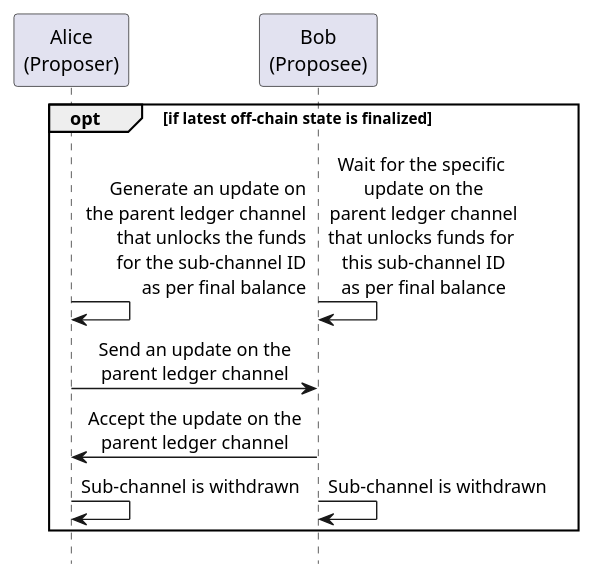
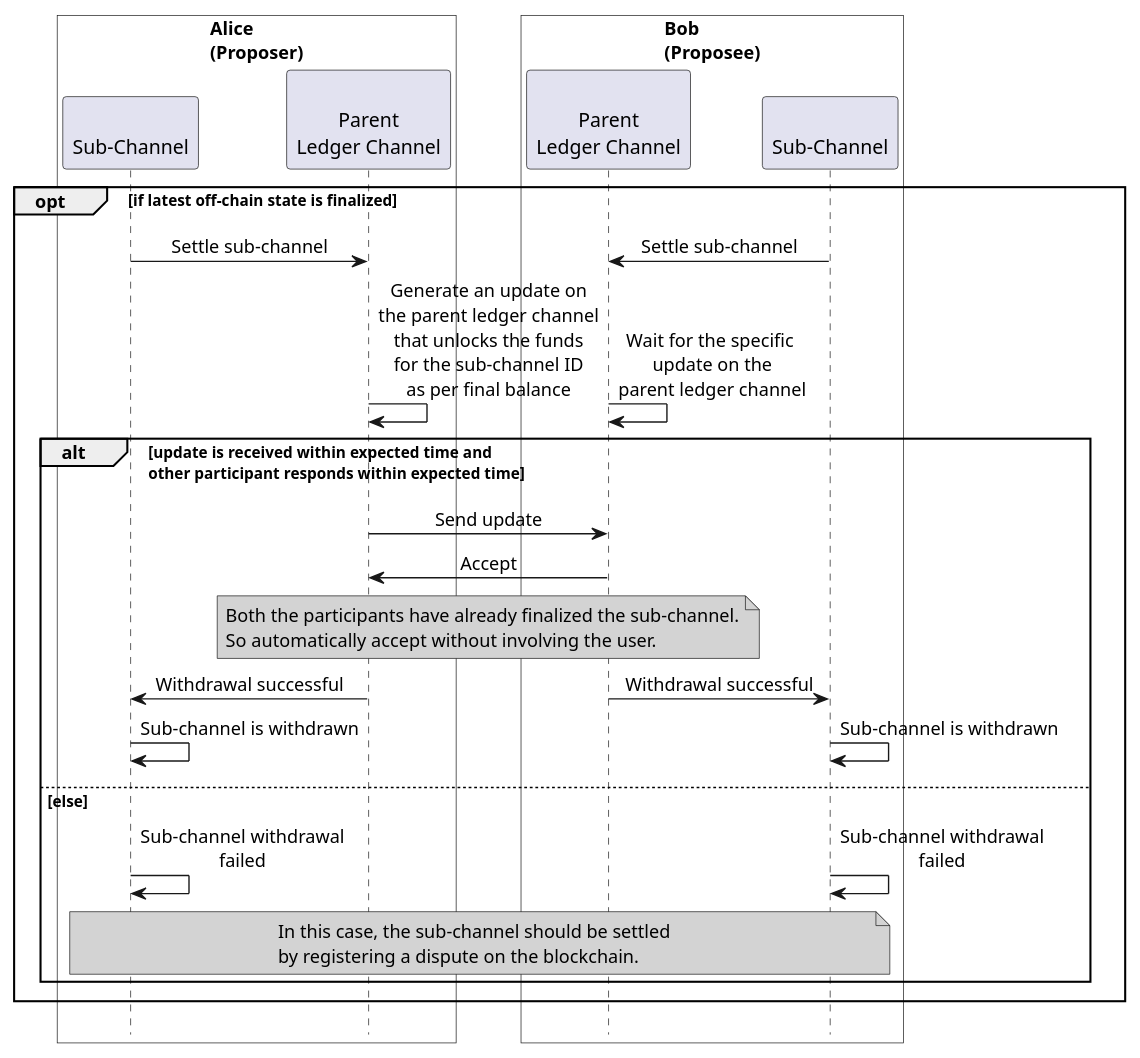
Before and after one commit to hyperledger-labs/perun-doc: the diagram in source/images/concepts/settle_withdraw_sub.plantuml, drawn with PlantUML. The commit also changed 13 other files, not shown here.

```diff
--- a/source/images/concepts/settle_withdraw_sub.plantuml
+++ b/source/images/concepts/settle_withdraw_sub.plantuml
@@ -4,21 +4,47 @@
 @startuml settle_withdraw_sub
 !pragma teoz true
 hide footbox
 skinparam SequenceMessageAlign center
 
-participant "Alice\n(Proposer)" as alice
-participant "Bob\n(Proposee)" as bob
-
+box "Alice\n(Proposer)" #transparent
+participant "\nSub-Channel" as alice
+participant "\nParent\nLedger Channel" as alice_parent
+end box
+box "Bob\n(Proposee)" #transparent
+participant "\nParent\nLedger Channel" as bob_parent
+participant "\nSub-Channel" as bob
+end box
 
 opt if latest off-chain state is finalized
-alice -> alice: Generate an update on\r the parent ledger channel\nthat unlocks the funds\nfor the sub-channel ID\nas per final balance
-&bob -> bob: Wait for the specific \nupdate on the\nparent ledger channel\nthat unlocks funds for \nthis sub-channel ID\nas per final balance
+alice -> alice_parent: Settle sub-channel
+&bob -> bob_parent: Settle sub-channel
 
-alice -> bob: Send an update on the\nparent ledger channel
-alice <- bob: Accept the update on the\nparent ledger channel
+alice_parent -> alice_parent: Generate an update on\nthe parent ledger channel\nthat unlocks the funds\nfor the sub-channel ID\nas per final balance
+&bob_parent -> bob_parent: Wait for the specific \nupdate on the\nparent ledger channel
+
+alt update is received within expected time and\nother participant responds within expected time
+alice_parent -> bob_parent: Send update
+alice_parent <- bob_parent: Accept
+
+note over alice_parent, bob_parent #LightGray
+Both the participants have already finalized the sub-channel.
+So automatically accept without involving the user.
+end note
+
+alice <- alice_parent: Withdrawal successful
+&bob_parent -> bob: Withdrawal successful
 
 alice -> alice: Sub-channel is withdrawn
 &bob -> bob: Sub-channel is withdrawn
+
+else else
+alice -> alice: Sub-channel withdrawal\nfailed
+&bob -> bob: Sub-channel withdrawal\nfailed
+note over alice, bob #LightGray
+In this case, the sub-channel should be settled
+by registering a dispute on the blockchain.
+end note
+end
 end
 
 @enduml
```
